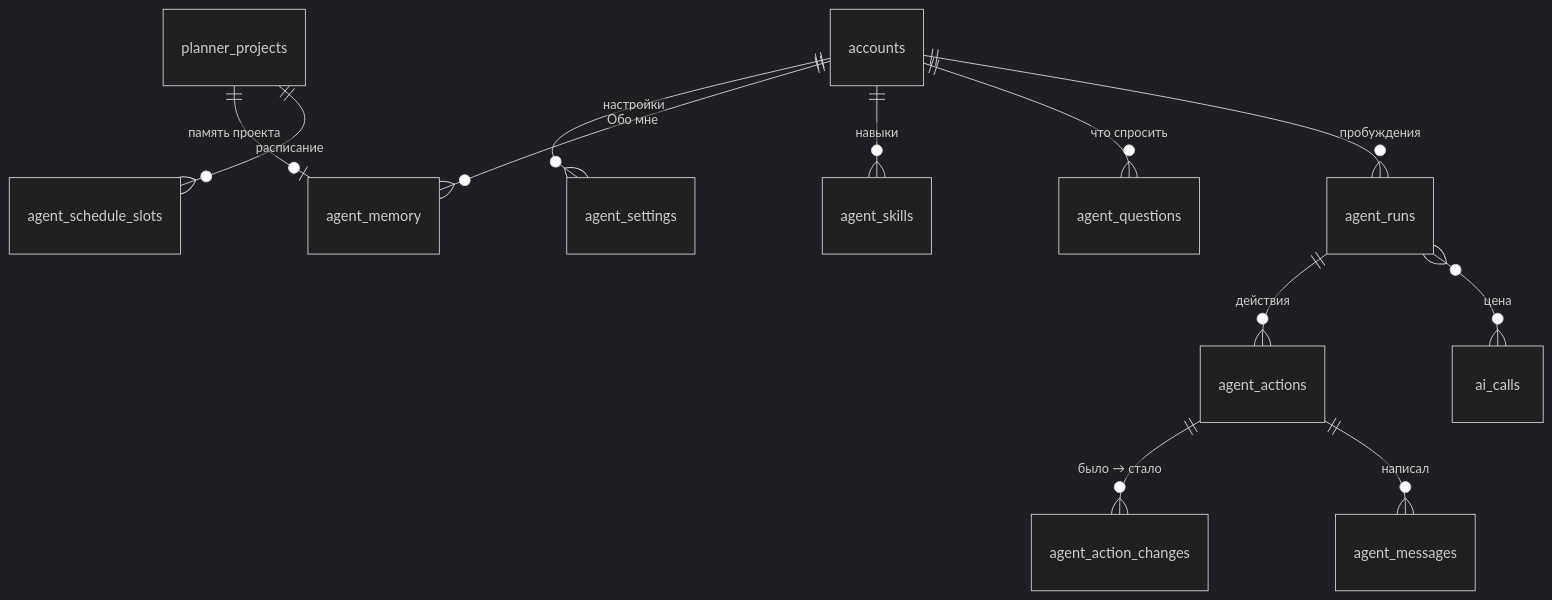
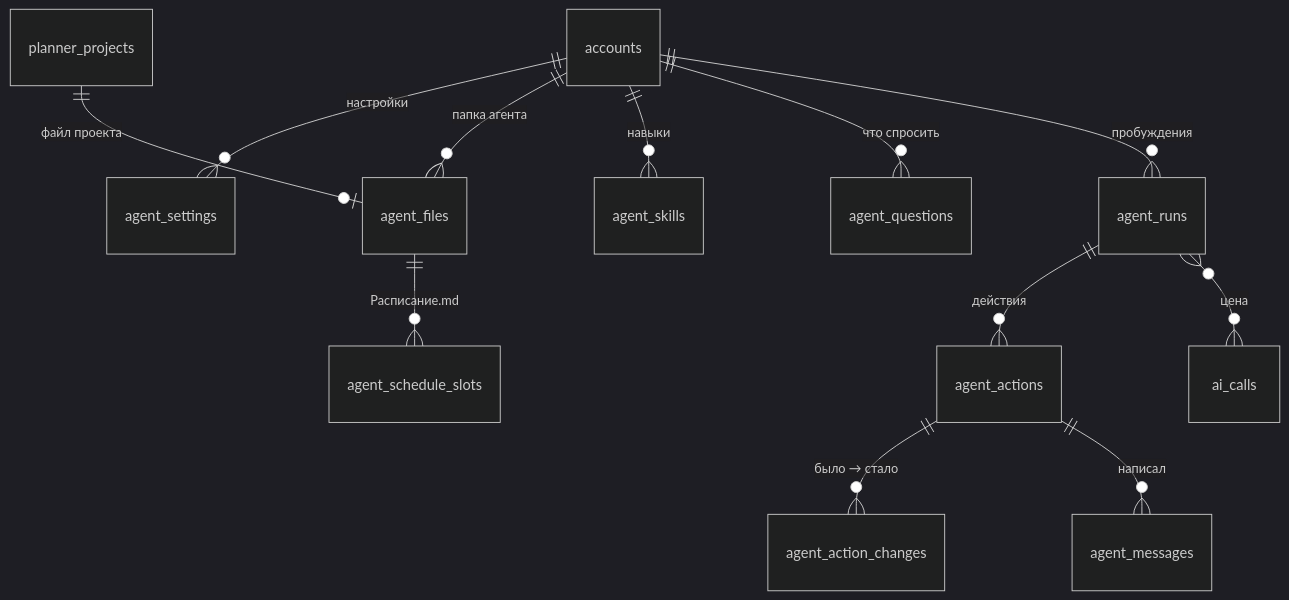
Before and after one commit to kirillkuz1122/qubite: the second of 2 diagrams in docs/product/AGENT.md, drawn with Mermaid (dark theme). The commit also changed other lines of this file and 45 other files, not shown here.

First line of the commit message:
Папка агента и разговор с ним: «Записи», «Поправить», вопросы, Telegram (AGT-001)

````diff
--- a/docs/product/AGENT.md
+++ b/docs/product/AGENT.md
@@ -216,14 +241,14 @@
 ```mermaid
 erDiagram
     accounts ||--o{ agent_settings : "настройки"
-    accounts ||--o{ agent_memory : "Обо мне"
-    planner_projects ||--o| agent_memory : "память проекта"
-    planner_projects ||--o{ agent_schedule_slots : "расписание"
+    accounts ||--o{ agent_files : "папка агента"
+    planner_projects ||--o| agent_files : "файл проекта"
+    agent_files ||--o{ agent_schedule_slots : "Расписание.md"
     accounts ||--o{ agent_skills : "навыки"
     accounts ||--o{ agent_questions : "что спросить"
     accounts ||--o{ agent_runs : "пробуждения"
     agent_runs ||--o{ agent_actions : "действия"
     agent_actions ||--o{ agent_action_changes : "было → стало"
     agent_runs }o--o{ ai_calls : "цена"
     agent_actions ||--o{ agent_messages : "написал"
 ```
````
